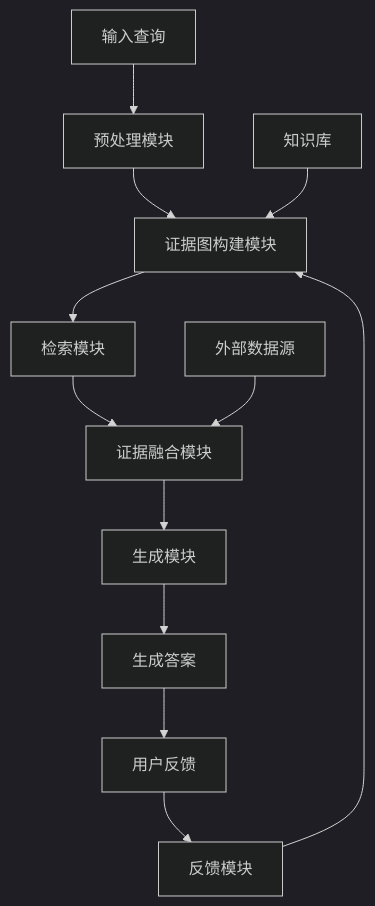
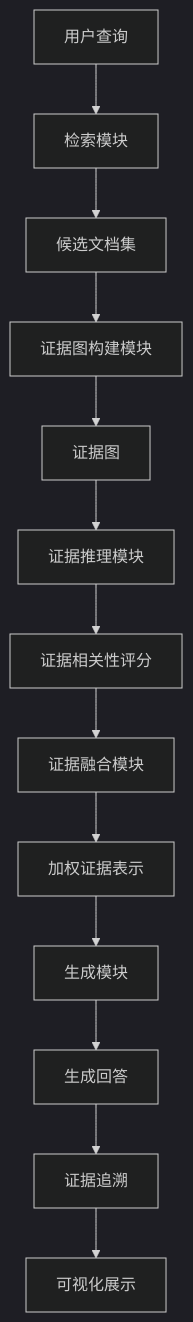
Before and after one commit to valkryhx/patent_agents: the diagram in output/progress/以证据图增强的rag系统_ada191f4/03_summary.md, drawn with Mermaid (dark theme). The commit also changed other lines of this file and 3 other files, not shown here.

````diff
--- a/output/progress/以证据图增强的rag系统_ada191f4/03_summary.md
+++ b/output/progress/以证据图增强的rag系统_ada191f4/03_summary.md
@@ -13,14 +9,15 @@
 ```mermaid
 graph TD
-    A[输入查询] --> B[预处理模块]
-    B --> C[证据图构建模块]
-    D[知识库] --> C
-    C --> E[检索模块]
-    E --> F[证据融合模块]
-    G[外部数据源] --> F
-    F --> H[生成模块]
-    H --> I[生成答案]
-    I --> J[用户反馈]
-    J --> K[反馈模块]
-    K --> C
+    A[用户查询] --> B[检索模块]
+    B --> C[候选文档集]
+    C --> D[证据图构建模块]
+    D --> E[证据图]
+    E --> F[证据推理模块]
+    F --> G[证据相关性评分]
+    G --> H[证据融合模块]
+    H --> I[加权证据表示]
+    I --> J[生成模块]
+    J --> K[生成回答]
+    K --> L[证据追溯]
+    L --> M[可视化展示]
 ```
````
